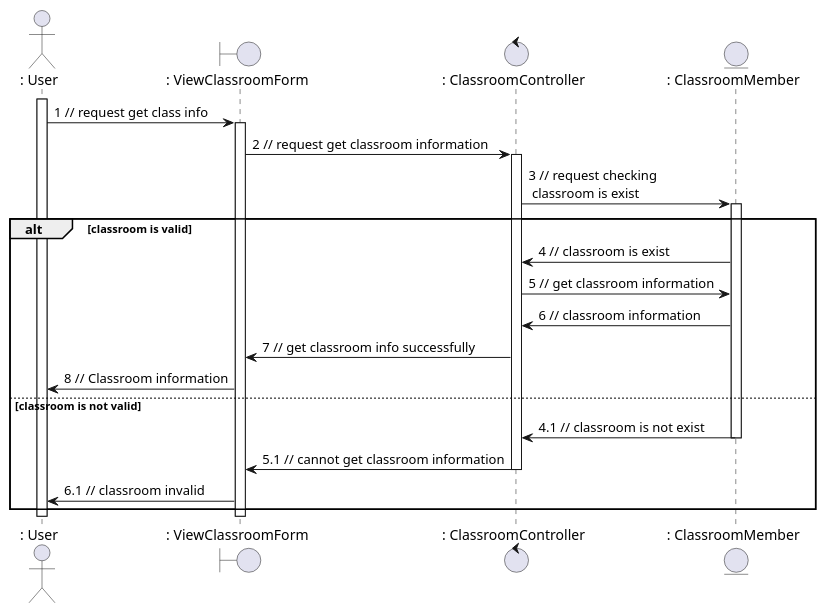
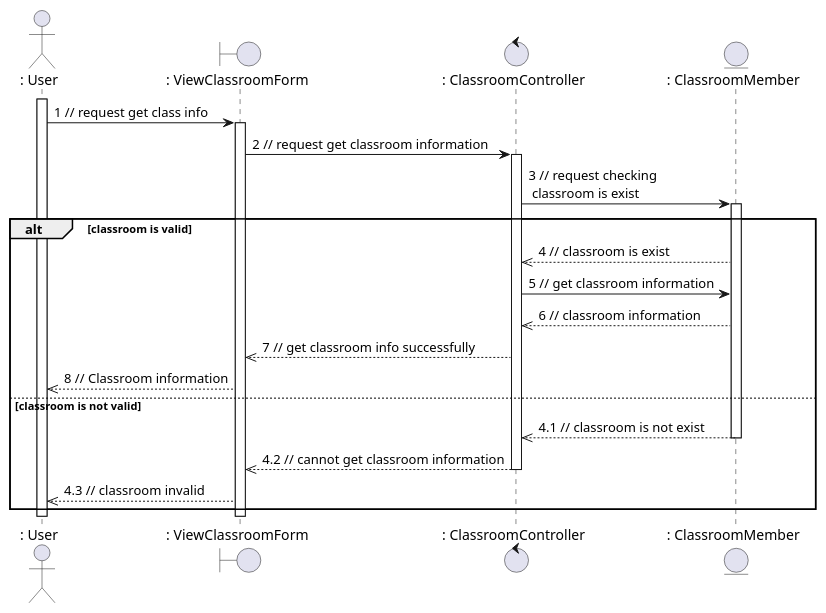
Before and after one commit to anonyhostvn/OOAD-Diagram: the diagram in sequence - analysis/classroom/viewClass.plantuml, drawn with PlantUML. The commit also changed 20 other files, not shown here.

Commit message:
fix sequence analaysis numbering

```diff
--- a/sequence - analysis/classroom/viewClass.plantuml
+++ b/sequence - analysis/classroom/viewClass.plantuml
@@ -1,32 +1,32 @@
 @startuml viewClass
 
 actor ": User"
 boundary ": ViewClassroomForm"
 control ": ClassroomController"
 entity ": ClassroomMember"
 
 activate ": User"
 ": User" -> ": ViewClassroomForm": 1 // request get class info
 activate ": ViewClassroomForm"
 ": ViewClassroomForm" -> ": ClassroomController": 2 // request get classroom information
 activate ": ClassroomController"
 ": ClassroomController" -> ": ClassroomMember": 3 // request checking \n classroom is exist
 activate ": ClassroomMember"
 alt classroom is valid
-    ": ClassroomMember" -> ": ClassroomController": 4 // classroom is exist
+    ": ClassroomMember" -->> ": ClassroomController": 4 // classroom is exist
     ": ClassroomController" -> ": ClassroomMember": 5 // get classroom information
-    ": ClassroomMember" -> ": ClassroomController": 6 // classroom information
-    ": ClassroomController" -> ": ViewClassroomForm": 7 // get classroom info successfully
-    ": ViewClassroomForm" -> ": User": 8 // Classroom information
+    ": ClassroomMember" -->> ": ClassroomController": 6 // classroom information
+    ": ClassroomController" -->> ": ViewClassroomForm": 7 // get classroom info successfully
+    ": ViewClassroomForm" -->> ": User": 8 // Classroom information
 else classroom is not valid
-    ": ClassroomMember" -> ": ClassroomController": 4.1 // classroom is not exist
+    ": ClassroomMember" -->> ": ClassroomController": 4.1 // classroom is not exist
     deactivate ": ClassroomMember"
-    ": ClassroomController" -> ": ViewClassroomForm": 5.1 // cannot get classroom information
+    ": ClassroomController" -->> ": ViewClassroomForm": 4.2 // cannot get classroom information
     deactivate ": ClassroomController"
-    ": ViewClassroomForm" -> ": User": 6.1 // classroom invalid
+    ": ViewClassroomForm" -->> ": User": 4.3 // classroom invalid
 end
 
 deactivate ": ViewClassroomForm"
 deactivate ": User"
 
 @enduml
```
